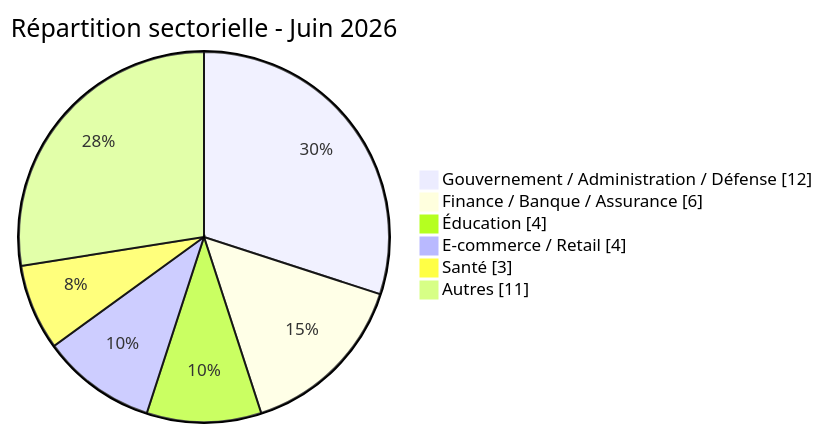
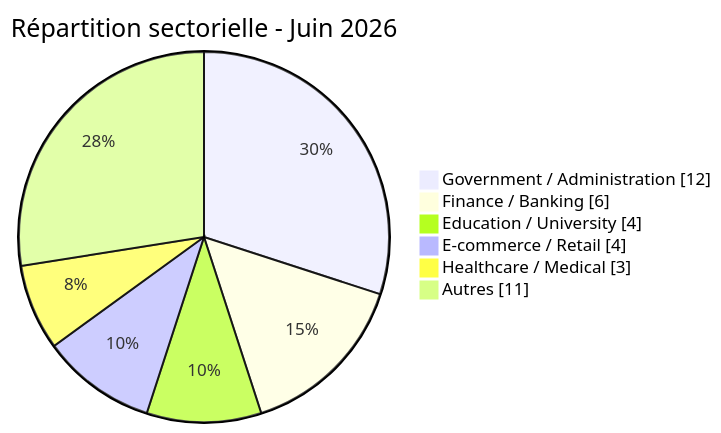
The third of 4 diagrams in CyberAttackAfrica/2026/06-june/README_FR.md (Hatchepsoute/AFRINTEL), drawn with Mermaid before and after one commit. The commit also changed other lines of this file and 6 other files, not shown here.

````diff
--- a/CyberAttackAfrica/2026/06-june/README_FR.md
+++ b/CyberAttackAfrica/2026/06-june/README_FR.md
@@ -214,10 +214,10 @@
 ```mermaid
 pie showData
  title Répartition sectorielle - Juin 2026
- "Gouvernement / Administration / Défense" : 12
- "Finance / Banque / Assurance" : 6
- "Éducation" : 4
+ "Government / Administration" : 12
+ "Finance / Banking" : 6
+ "Education / University" : 4
  "E-commerce / Retail" : 4
- "Santé" : 3
+ "Healthcare / Medical" : 3
  "Autres" : 11
 ```
````
